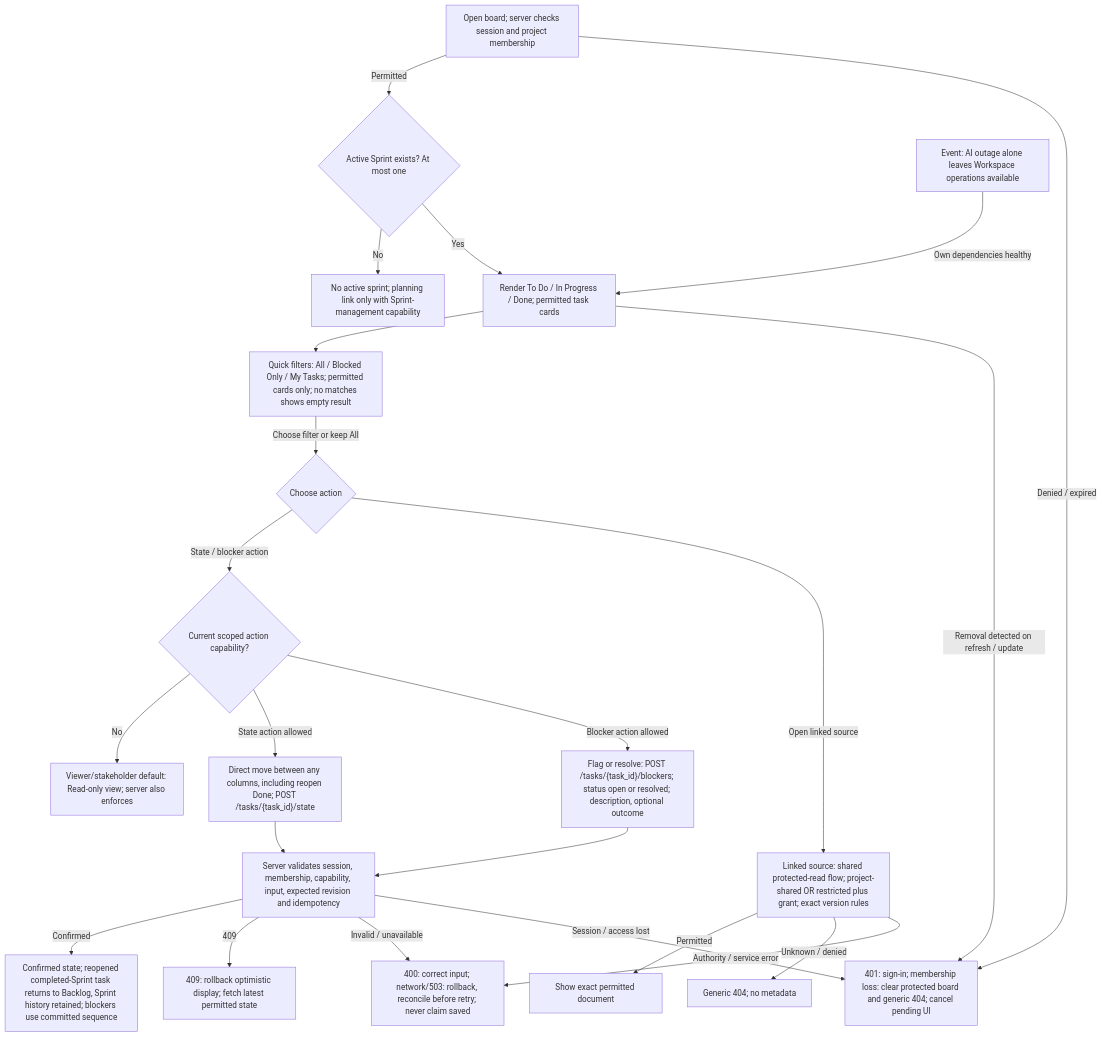
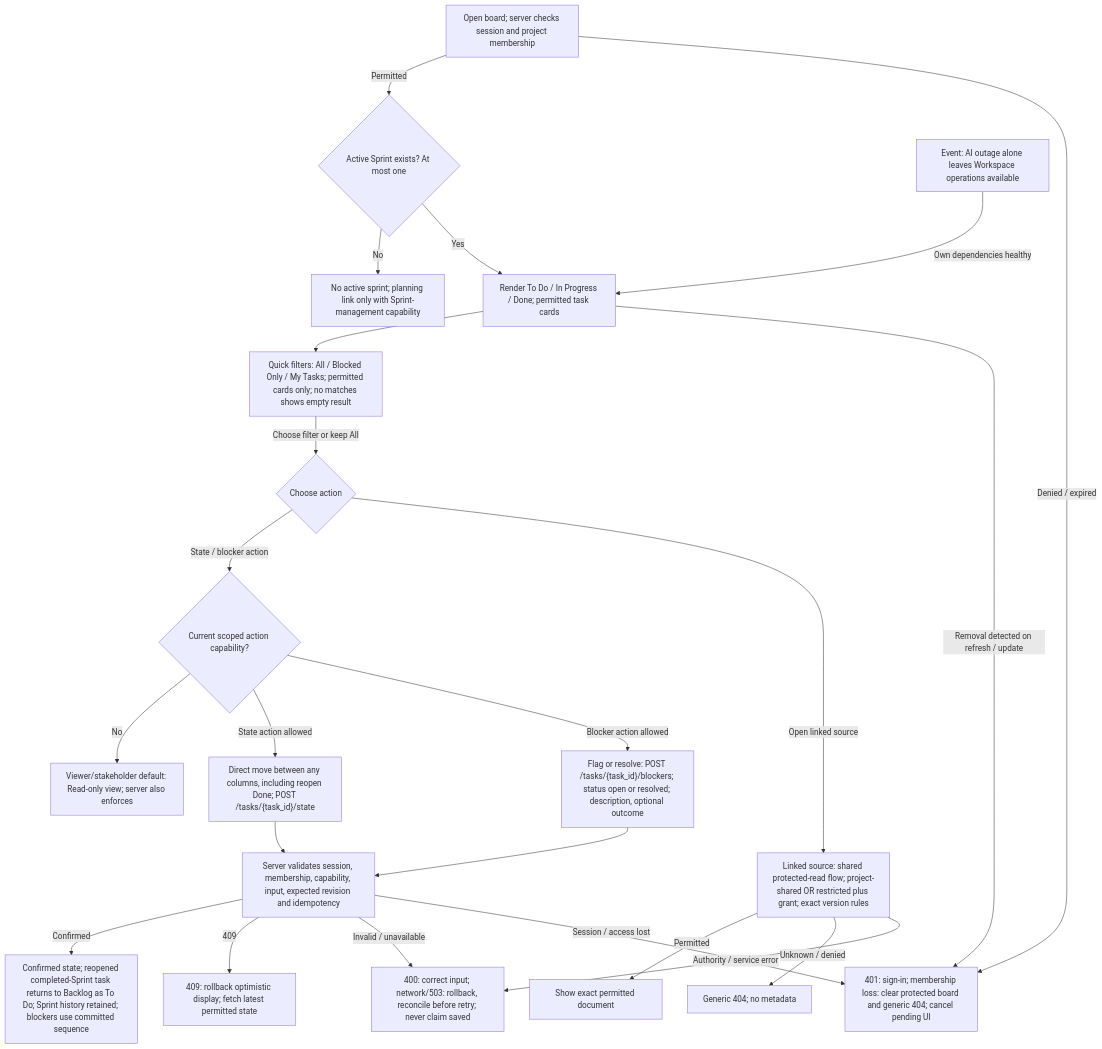
The diagram in docs/sdlc/diagrams/flowchart/board-flow.mmd (900M100CK/scrum-workspace-KMS-ai), drawn with Mermaid before and after one commit. The commit also changed 195 other files, not shown here.

First line of the commit message:
docs: reconcile design diagrams, contracts and review evidence

```diff
--- a/docs/sdlc/diagrams/flowchart/board-flow.mmd
+++ b/docs/sdlc/diagrams/flowchart/board-flow.mmd
@@ -1,48 +1,48 @@
-%% Origin: docs/ux/flows/board-flow.md v0.5
-%% DGM-FLOW-02 v0.5 Draft - 14 October 2026
-%% Sources: PRD-01 v0.5; UC-02 v0.3; SAD-03 v0.7; ADR-0007/0008 v0.2/0011; OpenAPI v0.2.0
+%% Origin: docs/ux/flows/board-flow.md v0.6
+%% DGM-FLOW-02 v0.7 Draft - 17 October 2026
+%% Sources: UX-FLOW-BOARD-01 v0.6; PRD-01 v0.9; UC-02 v0.6; SAD-03 v0.12; ADR-0007; ADR-0008; ADR-0011; ADR-0017
 %% Trace: FR-03, FR-08-FR-09, FR-17, FR-31, FR-33, FR-39, FR-42-FR-44, FR-59, FR-68; SC-01, SC-03, SC-04, SC-06, SC-08
 %% UX / server responsibilities are labelled. API keys are relative to /api. Policy and runtime evidence remain unapproved.
 flowchart TD
     Filters["Quick filters: All / Blocked Only / My Tasks; permitted cards only; no matches shows empty result"]
     Start["Open board; server checks session and project membership"]
     Active{"Active Sprint exists? At most one"}
     Empty["No active sprint; planning link only with Sprint-management capability"]
     Board["Render To Do / In Progress / Done; permitted task cards"]
     Action{"Choose action"}
     Capability{"Current scoped action capability?"}
     Readonly["Viewer/stakeholder default: Read-only view; server also enforces"]
     Move["Direct move between any columns, including reopen Done; POST /tasks/{task_id}/state"]
     Block["Flag or resolve: POST /tasks/{task_id}/blockers; status open or resolved; description, optional outcome"]
     Server["Server validates session, membership, capability, input, expected revision and idempotency"]
-    Saved["Confirmed state; reopened completed-Sprint task returns to Backlog, Sprint history retained; blockers use committed sequence"]
+    Saved["Confirmed state; reopened completed-Sprint task returns to Backlog as To Do; Sprint history retained; blockers use committed sequence"]
     Conflict["409: rollback optimistic display; fetch latest permitted state"]
     Failure["400: correct input; network/503: rollback, reconcile before retry; never claim saved"]
     Loss["401: sign-in; membership loss: clear protected board and generic 404; cancel pending UI"]
     Link["Linked source: shared protected-read flow; project-shared OR restricted plus grant; exact version rules"]
     Doc["Show exact permitted document"]
     Hidden["Generic 404; no metadata"]
     AI["Event: AI outage alone leaves Workspace operations available"]
     Start -->|Permitted| Active
     Start -->|Denied / expired| Loss
     Active -->|No| Empty
     Active -->|Yes| Board
     Board --> Filters
     Action -->|State / blocker action| Capability
     Capability -->|No| Readonly
     Capability -->|State action allowed| Move
     Capability -->|Blocker action allowed| Block
     Move --> Server
     Block --> Server
     Server -->|Confirmed| Saved
     Server -->|409| Conflict
     Server -->|Invalid / unavailable| Failure
     Server -->|Session / access lost| Loss
     Action -->|Open linked source| Link
     Link -->|Permitted| Doc
     Link -->|Unknown / denied| Hidden
     Link -->|Authority / service error| Failure
     Board -->|Removal detected on refresh / update| Loss
     AI -->|Own dependencies healthy| Board
     Filters -->|Choose filter or keep All| Action
 %% Change: direct board transitions and reopening after Sprint completion; unchanged graph topology.
```
